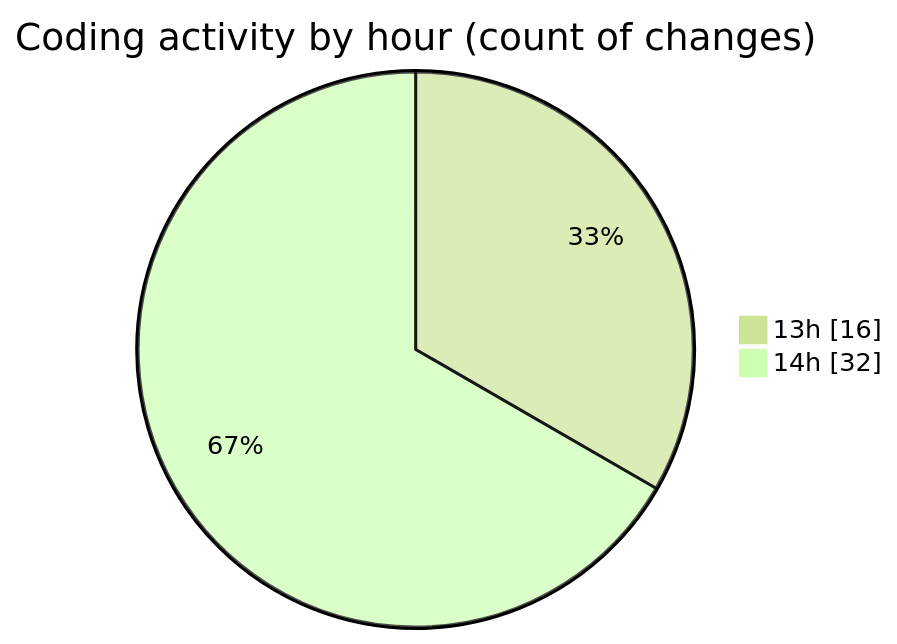
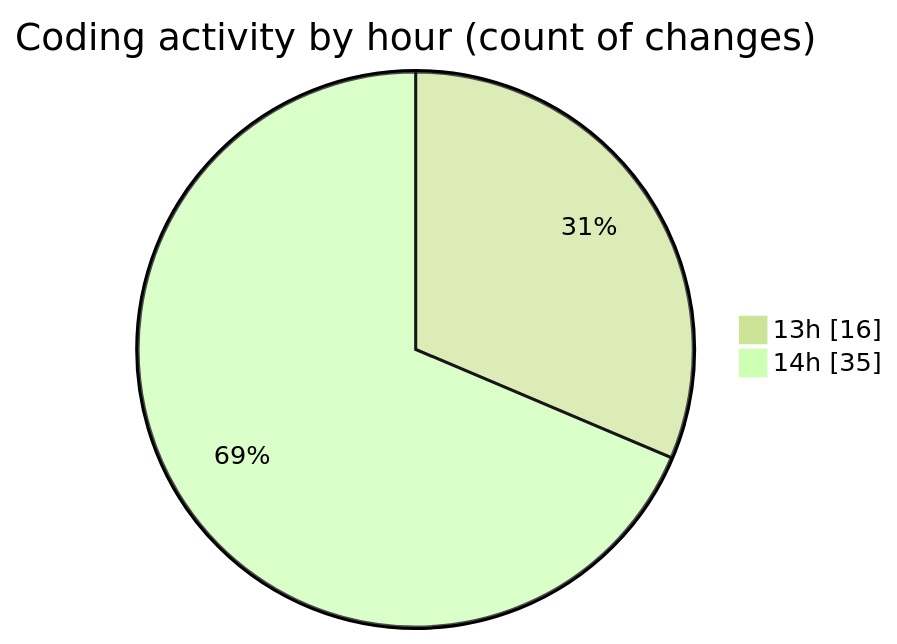
Before and after one commit to momahboobian/code-tracking: the second of 2 diagrams in 2026-02-04/cda/README.md, drawn with Mermaid (forest theme). The commit also changed other lines of this file and 1 other file, not shown here.

````diff
--- a/2026-02-04/cda/README.md
+++ b/2026-02-04/cda/README.md
@@ -28,6 +28,6 @@
 ```mermaid
 pie showData
 title Coding activity by hour (count of changes)
 "13h" : 16
-"14h" : 32
+"14h" : 35
 ```
````
